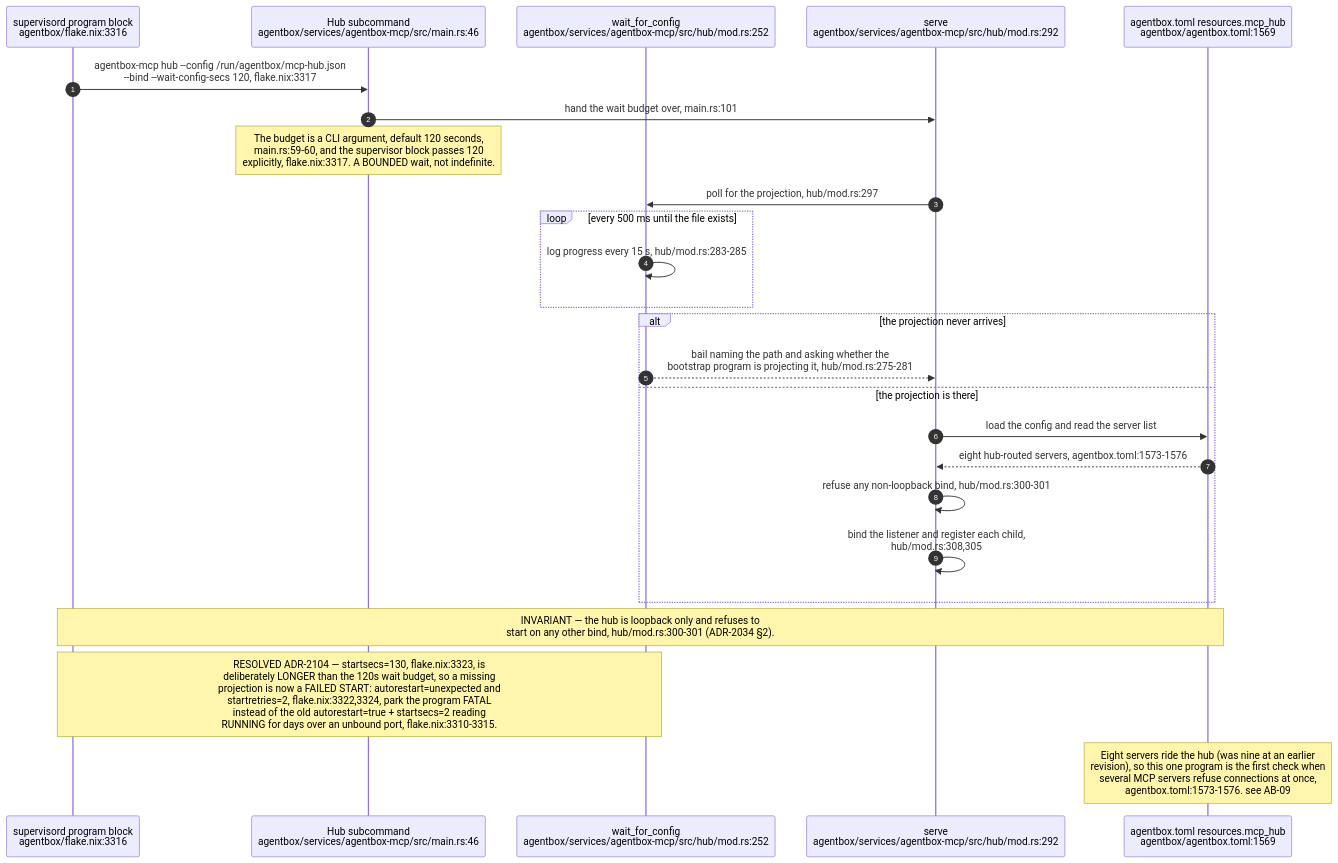
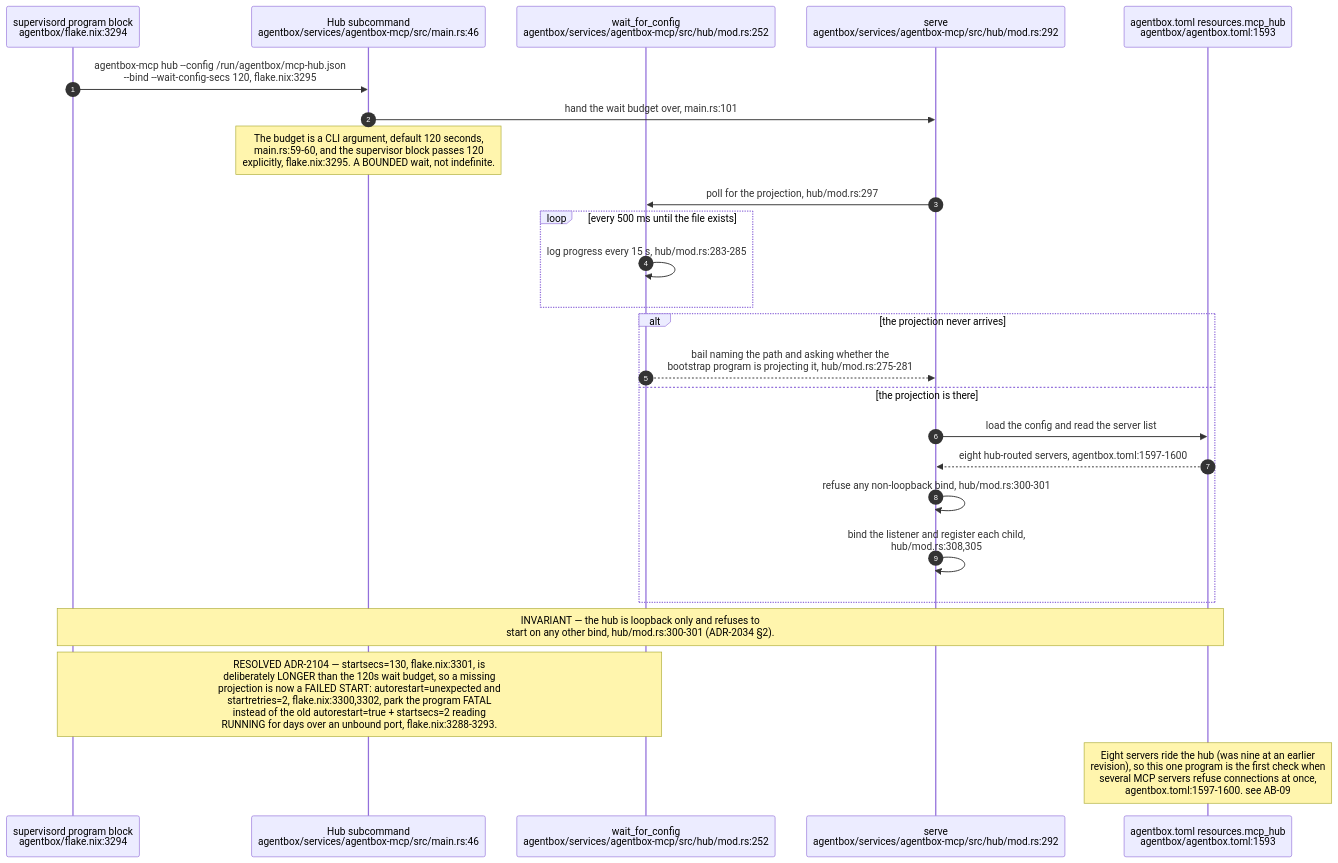
One commit to DreamLab-AI/VisionFlow changed the seventh of 8 diagrams in docs/diagrams/estate/01-estate-topology.md. Above: the diagram before and after it, drawn with Mermaid. The commit also changed other lines of this file and 145 other files, not shown here.

````diff
--- a/docs/diagrams/estate/01-estate-topology.md
+++ b/docs/diagrams/estate/01-estate-topology.md
@@ -302,28 +302,28 @@
 ```mermaid
 sequenceDiagram
     autonumber
-    participant SUP as supervisord program block<br/>agentbox/flake.nix:3316
+    participant SUP as supervisord program block<br/>agentbox/flake.nix:3294
     participant MAIN as Hub subcommand<br/>agentbox/services/agentbox-mcp/src/main.rs:46
     participant WAIT as wait_for_config<br/>agentbox/services/agentbox-mcp/src/hub/mod.rs:252
     participant SERVE as serve<br/>agentbox/services/agentbox-mcp/src/hub/mod.rs:292
-    participant MAN as agentbox.toml resources.mcp_hub<br/>agentbox/agentbox.toml:1569
+    participant MAN as agentbox.toml resources.mcp_hub<br/>agentbox/agentbox.toml:1593
 
-    SUP->>MAIN: agentbox-mcp hub --config /run/agentbox/mcp-hub.json<br/>--bind --wait-config-secs 120, flake.nix:3317
+    SUP->>MAIN: agentbox-mcp hub --config /run/agentbox/mcp-hub.json<br/>--bind --wait-config-secs 120, flake.nix:3295
     MAIN->>SERVE: hand the wait budget over, main.rs:101
-    Note over MAIN: The budget is a CLI argument, default 120 seconds,<br/>main.rs:59-60, and the supervisor block passes 120<br/>explicitly, flake.nix:3317. A BOUNDED wait, not indefinite.
+    Note over MAIN: The budget is a CLI argument, default 120 seconds,<br/>main.rs:59-60, and the supervisor block passes 120<br/>explicitly, flake.nix:3295. A BOUNDED wait, not indefinite.
     SERVE->>WAIT: poll for the projection, hub/mod.rs:297
     loop every 500 ms until the file exists
         WAIT->>WAIT: log progress every 15 s, hub/mod.rs:283-285
     end
     alt the projection never arrives
         WAIT-->>SERVE: bail naming the path and asking whether the<br/>bootstrap program is projecting it, hub/mod.rs:275-281
     else the projection is there
         SERVE->>MAN: load the config and read the server list
-        MAN-->>SERVE: eight hub-routed servers, agentbox.toml:1573-1576
+        MAN-->>SERVE: eight hub-routed servers, agentbox.toml:1597-1600
         SERVE->>SERVE: refuse any non-loopback bind, hub/mod.rs:300-301
         SERVE->>SERVE: bind the listener and register each child,<br/>hub/mod.rs:308,305
     end
     Note over SUP,MAN: INVARIANT — the hub is loopback only and refuses to<br/>start on any other bind, hub/mod.rs:300-301 (ADR-2034 §2).
-    Note over SUP,WAIT: RESOLVED ADR-2104 — startsecs=130, flake.nix:3323, is<br/>deliberately LONGER than the 120s wait budget, so a missing<br/>projection is now a FAILED START: autorestart=unexpected and<br/>startretries=2, flake.nix:3322,3324, park the program FATAL<br/>instead of the old autorestart=true + startsecs=2 reading<br/>RUNNING for days over an unbound port, flake.nix:3310-3315.
-    Note over MAN: Eight servers ride the hub (was nine at an earlier<br/>revision), so this one program is the first check when<br/>several MCP servers refuse connections at once,<br/>agentbox.toml:1573-1576. see AB-09
+    Note over SUP,WAIT: RESOLVED ADR-2104 — startsecs=130, flake.nix:3301, is<br/>deliberately LONGER than the 120s wait budget, so a missing<br/>projection is now a FAILED START: autorestart=unexpected and<br/>startretries=2, flake.nix:3300,3302, park the program FATAL<br/>instead of the old autorestart=true + startsecs=2 reading<br/>RUNNING for days over an unbound port, flake.nix:3288-3293.
+    Note over MAN: Eight servers ride the hub (was nine at an earlier<br/>revision), so this one program is the first check when<br/>several MCP servers refuse connections at once,<br/>agentbox.toml:1597-1600. see AB-09
 ```
````
